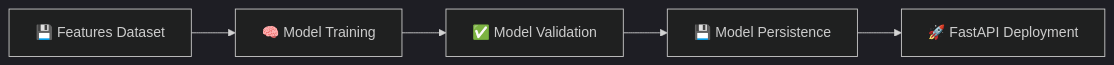
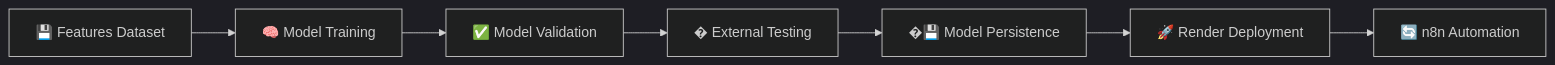
The fifth of 6 diagrams in README.md (K31NER/InmoPipeline), drawn with Mermaid (dark theme) before and after one commit. The commit also changed other lines of this file and 1 other file, not shown here.

````diff
--- a/README.md
+++ b/README.md
@@ -147,7 +162,9 @@
 ```mermaid
 graph LR
     A[💾 Features Dataset] --> B[🧠 Model Training]
     B --> C[✅ Model Validation]
-    C --> D[💾 Model Persistence]
-    D --> E[🚀 FastAPI Deployment]
+    C --> D[� External Testing]
+    D --> E[�💾 Model Persistence]
+    E --> F[🚀 Render Deployment]
+    F --> G[🔄 n8n Automation]
 ```
````
